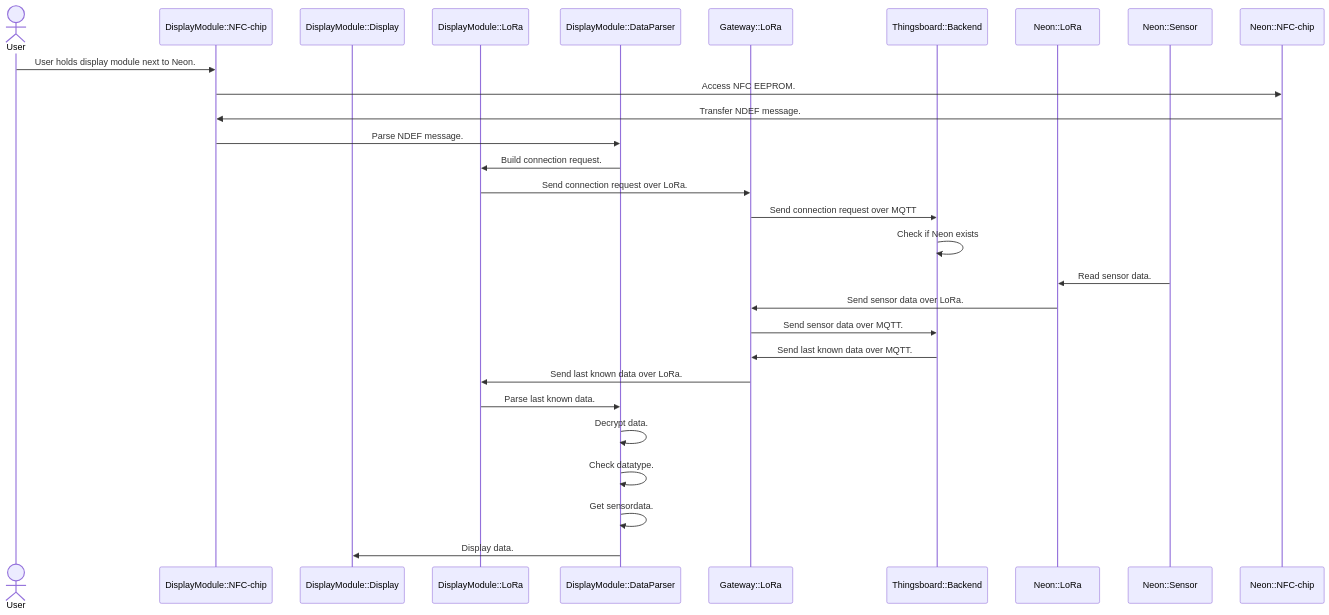
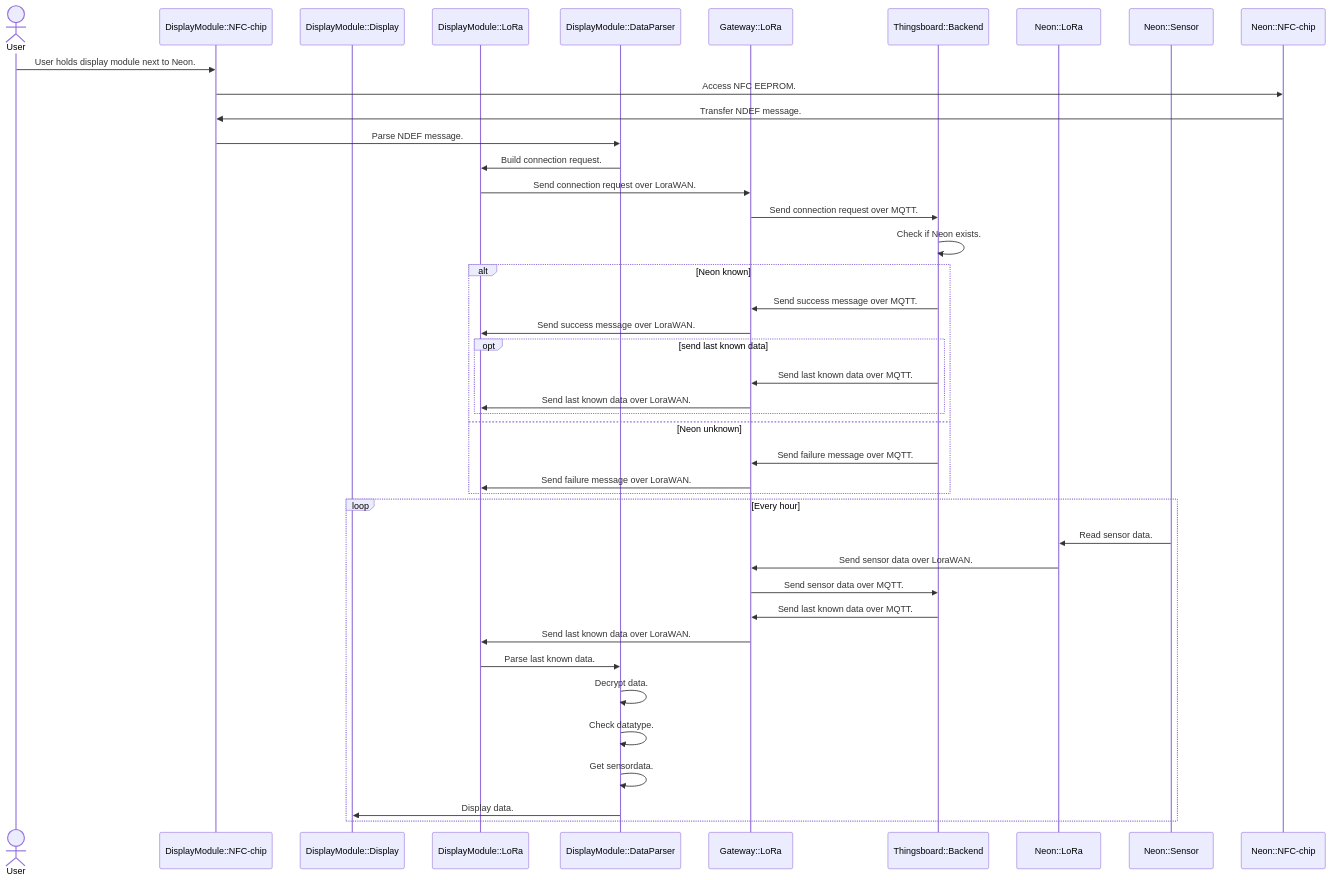
Before and after one commit to Lenteguppie/LoRa-display: the diagram in Diagrams/sequence_diagram.md, drawn with Mermaid. The commit also changed other lines of this file, not shown here.

Commit message:
Update sequence_diagram.md
Updated sequence diagram so it contains a couple of different kind of flows.

````diff
--- a/Diagrams/sequence_diagram.md
+++ b/Diagrams/sequence_diagram.md
@@ -4,34 +3,47 @@
 ```mermaid
 sequenceDiagram
     actor user as User
     participant nfcdm as DisplayModule::NFC-chip
     participant displaydm as DisplayModule::Display
     participant loradm as DisplayModule::LoRa
     participant decrypterdm as DisplayModule::DataParser
     participant loragateway as Gateway::LoRa
     participant backendthingsboard as Thingsboard::Backend
     participant loraneon as Neon::LoRa
     participant sensorneon as Neon::Sensor
     participant nfcneon as Neon::NFC-chip
 
     user->>nfcdm: User holds display module next to Neon.
     nfcdm->>nfcneon: Access NFC EEPROM.
     nfcneon->>nfcdm: Transfer NDEF message.
     nfcdm->>decrypterdm: Parse NDEF message.
     decrypterdm->>loradm:Build connection request.
-    loradm->>loragateway: Send connection request over LoRa.
-    loragateway->>backendthingsboard: Send connection request over MQTT
-    backendthingsboard->>backendthingsboard: Check if Neon exists
+    loradm->>loragateway: Send connection request over LoraWAN.
+    loragateway->>backendthingsboard: Send connection request over MQTT.
+    backendthingsboard->>backendthingsboard: Check if Neon exists.
+    alt Neon known
+        backendthingsboard->>loragateway: Send success message over MQTT.
+        loragateway->>loradm: Send success message over LoraWAN.
+        opt send last known data
+            backendthingsboard->>loragateway: Send last known data over MQTT.
+            loragateway->>loradm: Send last known data over LoraWAN.
+        end
+    else Neon unknown
+        backendthingsboard->>loragateway: Send failure message over MQTT.
+        loragateway->>loradm: Send failure message over LoraWAN.
+    end
 
-    sensorneon->>loraneon: Read sensor data.
-    loraneon->>loragateway: Send sensor data over LoRa.
-    loragateway->> backendthingsboard: Send sensor data over MQTT.
+    loop Every hour
+        sensorneon->>loraneon: Read sensor data.
+        loraneon->>loragateway: Send sensor data over LoraWAN.
+        loragateway->> backendthingsboard: Send sensor data over MQTT.
 
-    backendthingsboard->>loragateway: Send last known data over MQTT.
-    loragateway->>loradm: Send last known data over LoRa.
-    loradm->>decrypterdm: Parse last known data.
-    decrypterdm->>decrypterdm: Decrypt data.
-    decrypterdm->>decrypterdm: Check datatype.
-    decrypterdm->>decrypterdm: Get sensordata.
-    decrypterdm->>displaydm: Display data.
+        backendthingsboard->>loragateway: Send last known data over MQTT.
+        loragateway->>loradm: Send last known data over LoraWAN.
+        loradm->>decrypterdm: Parse last known data.
+        decrypterdm->>decrypterdm: Decrypt data.
+        decrypterdm->>decrypterdm: Check datatype.
+        decrypterdm->>decrypterdm: Get sensordata.
+        decrypterdm->>displaydm: Display data.
+    end
 ```
````
